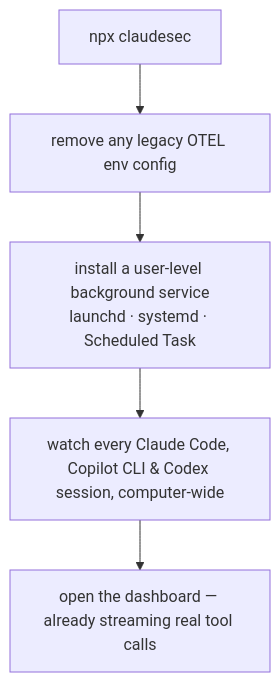
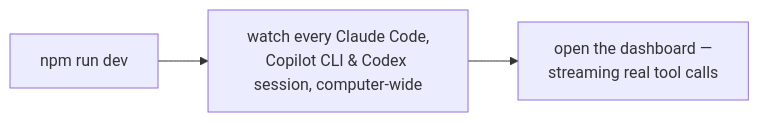
The second of 4 diagrams in README.md (aanjaneyasinghdhoni/ClaudeSec), drawn with Mermaid before and after one commit. The commit also changed other lines of this file and 9 other files, not shown here.

First line of the commit message:
chore: drop npm publishing, document repo-only install

````diff
--- a/README.md
+++ b/README.md
@@ -55,7 +57,5 @@
 ```mermaid
-flowchart TD
-    A["npx claudesec"] --> B["remove any legacy OTEL env config"]
-    B --> C["install a user-level background service<br/>launchd · systemd · Scheduled Task"]
-    C --> D["watch every Claude Code, Copilot CLI &amp; Codex session, computer-wide"]
-    D --> E["open the dashboard — already streaming real tool calls"]
+flowchart LR
+    A["npm run dev"] --> B["watch every Claude Code,<br/>Copilot CLI &amp; Codex session, computer-wide"]
+    B --> C["open the dashboard —<br/>streaming real tool calls"]
 ```
````
